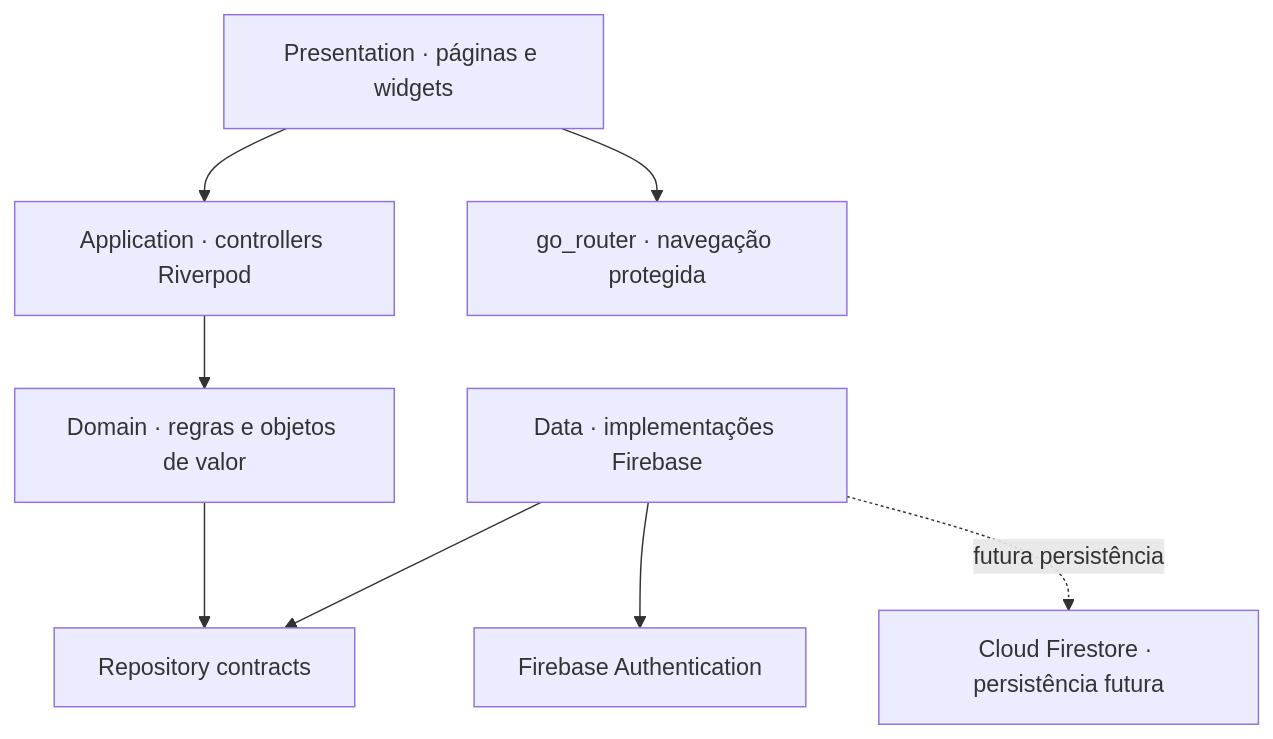
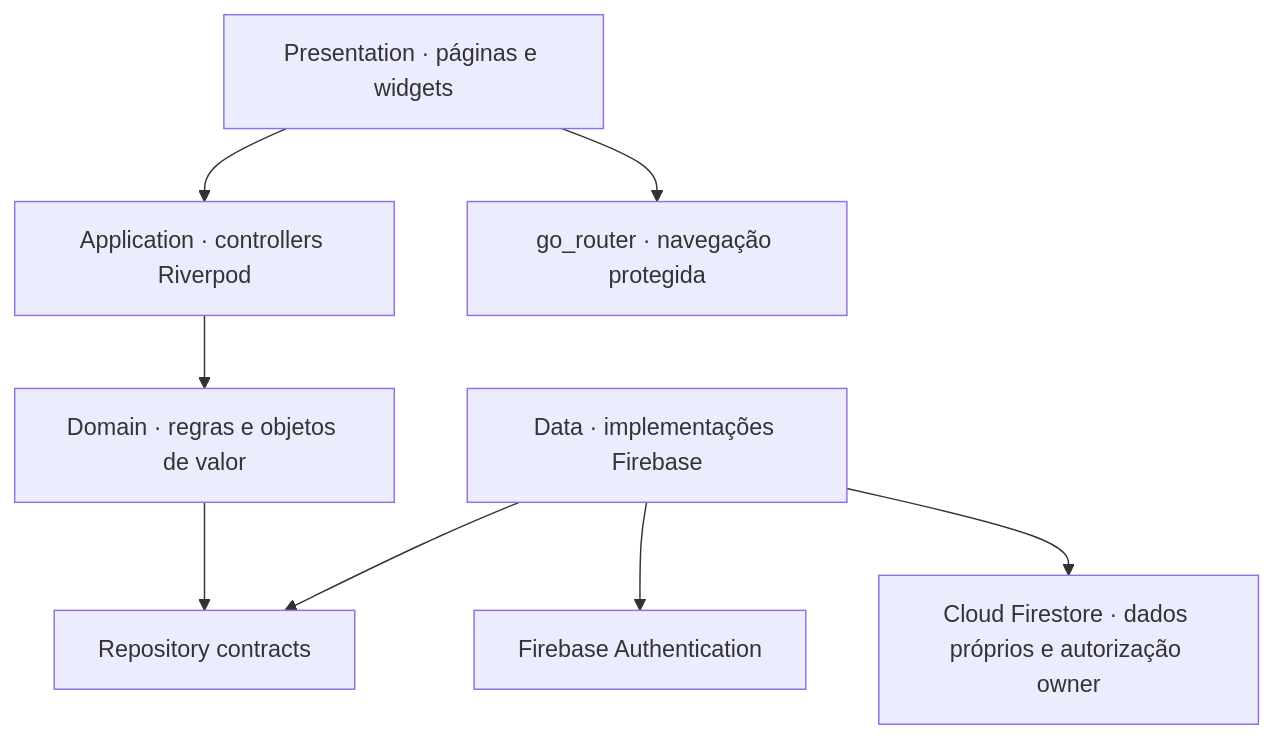
One commit to danilo-programadorr/Meu-Gestor changed the diagram in README.md. Above: the diagram before and after it, drawn with Mermaid. The commit also changed other lines of this file and 174 other files, not shown here.

````diff
--- a/README.md
+++ b/README.md
@@ -54,19 +62,19 @@
 ```mermaid
 flowchart TD
     P["Presentation · páginas e widgets"]
     A["Application · controllers Riverpod"]
     D["Domain · regras e objetos de valor"]
     R["Repository contracts"]
     DATA["Data · implementações Firebase"]
     AUTH["Firebase Authentication"]
-    FS["Cloud Firestore · persistência futura"]
+    FS["Cloud Firestore · dados próprios e autorização owner"]
     NAV["go_router · navegação protegida"]
 
     P --> A
     P --> NAV
     A --> D
     D --> R
     DATA --> R
     DATA --> AUTH
-    DATA -. futura persistência .-> FS
+    DATA --> FS
 ```
````
